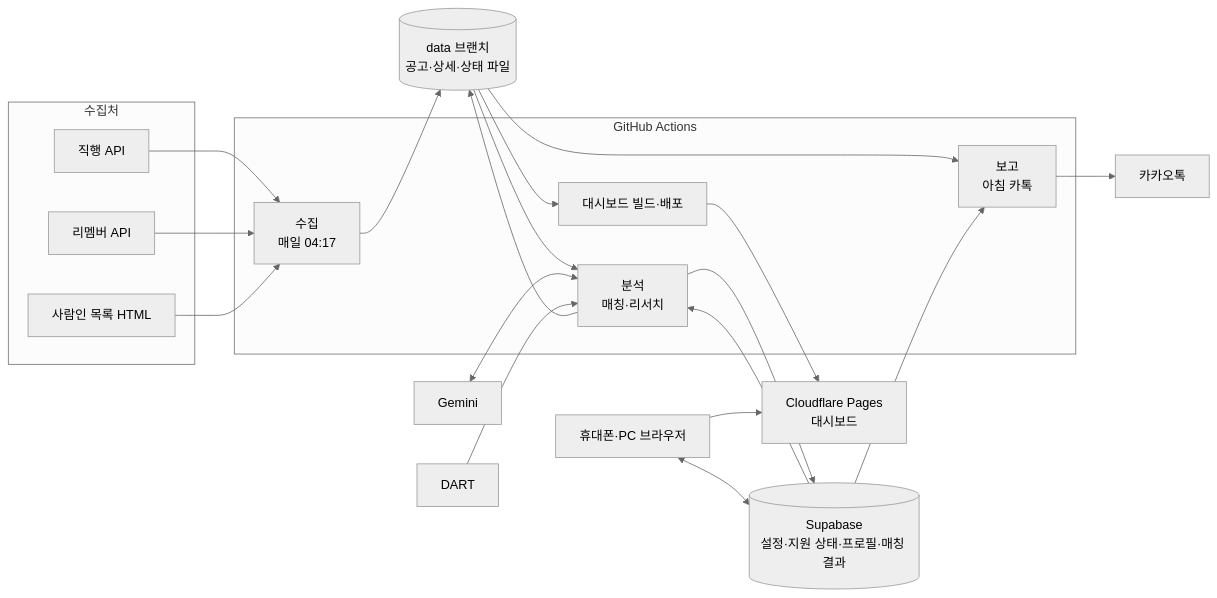
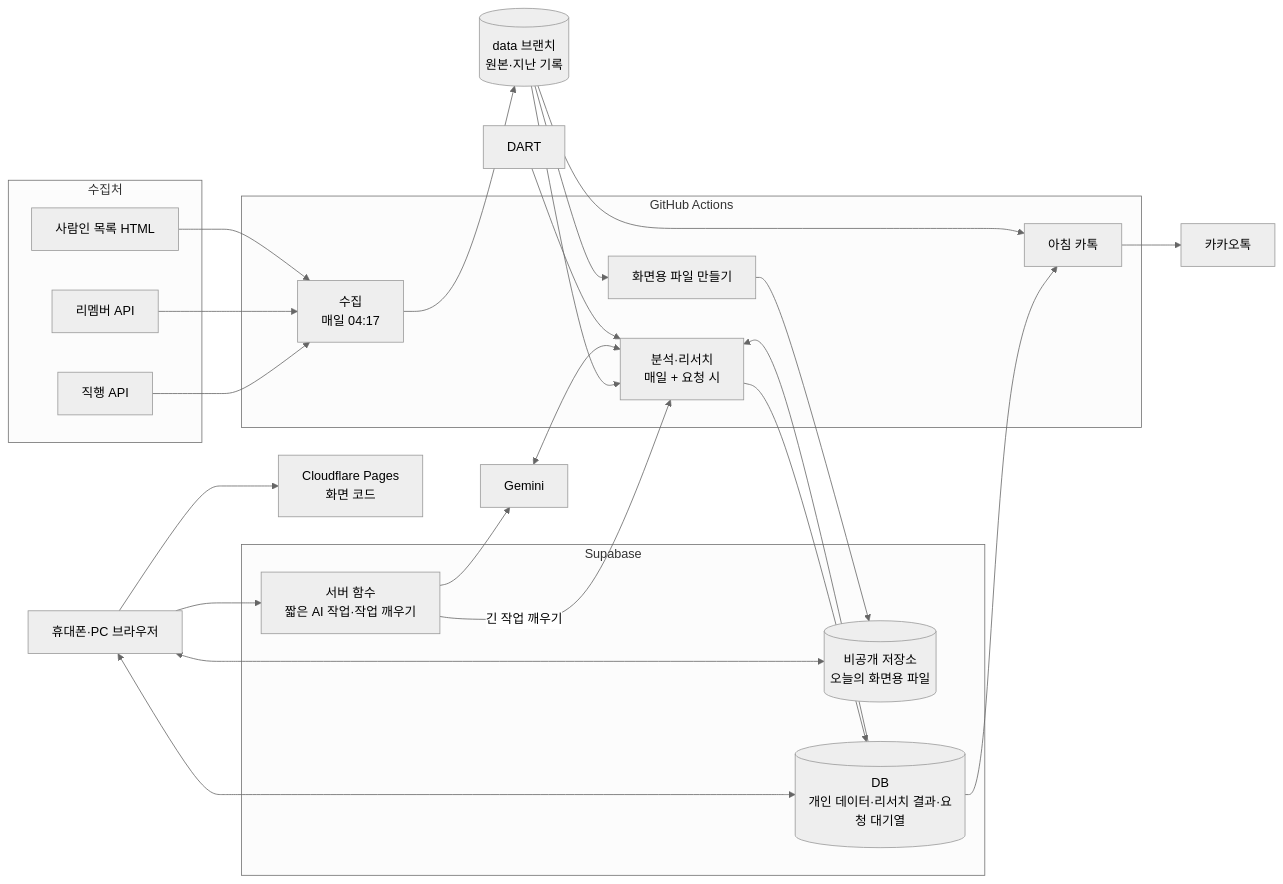
One commit to GIT-SUNGWONCHO/job_posting changed the diagram in docs/architecture.md. Above: the diagram before and after it, drawn with Mermaid (neutral theme). The commit also changed other lines of this file and 3 other files, not shown here.

First line of the commit message:
Settle the architecture before building the dashboard

````diff
--- a/docs/architecture.md
+++ b/docs/architecture.md
@@ -9,38 +9,45 @@
 ```mermaid
 flowchart LR
   subgraph 수집처
     Z[직행 API]
     R[리멤버 API]
     S[사람인 목록 HTML]
   end
   subgraph GitHub Actions
     C[수집<br/>매일 04:17]
-    A[분석<br/>매칭·리서치]
-    B[대시보드 빌드·배포]
-    K[보고<br/>아침 카톡]
+    A[분석·리서치<br/>매일 + 요청 시]
+    B[화면용 파일 만들기]
+    K[아침 카톡]
   end
-  D[(data 브랜치<br/>공고·상세·상태 파일)]
-  SB[(Supabase<br/>설정·지원 상태·프로필·매칭 결과)]
+  D[(data 브랜치<br/>원본·지난 기록)]
+  subgraph Supabase
+    ST[(비공개 저장소<br/>오늘의 화면용 파일)]
+    DB[(DB<br/>개인 데이터·리서치 결과·요청 대기열)]
+    F[서버 함수<br/>짧은 AI 작업·작업 깨우기]
+  end
   G[Gemini]
   DART[DART]
-  P[Cloudflare Pages<br/>대시보드]
+  P[Cloudflare Pages<br/>화면 코드]
   U[휴대폰·PC 브라우저]
   KT[카카오톡]
 
   Z --> C
   R --> C
   S --> C
   C --> D
   D --> A
-  SB --> A
+  DB --> A
   G <--> A
   DART --> A
-  A --> D
-  A --> SB
-  D --> B --> P
+  A --> DB
+  D --> B --> ST
   U --> P
-  U <--> SB
+  U <--> ST
+  U <--> DB
+  U --> F
+  F --> G
+  F -- 긴 작업 깨우기 --> A
+  DB --> K
   D --> K
-  SB --> K
   K --> KT
 ```
````
